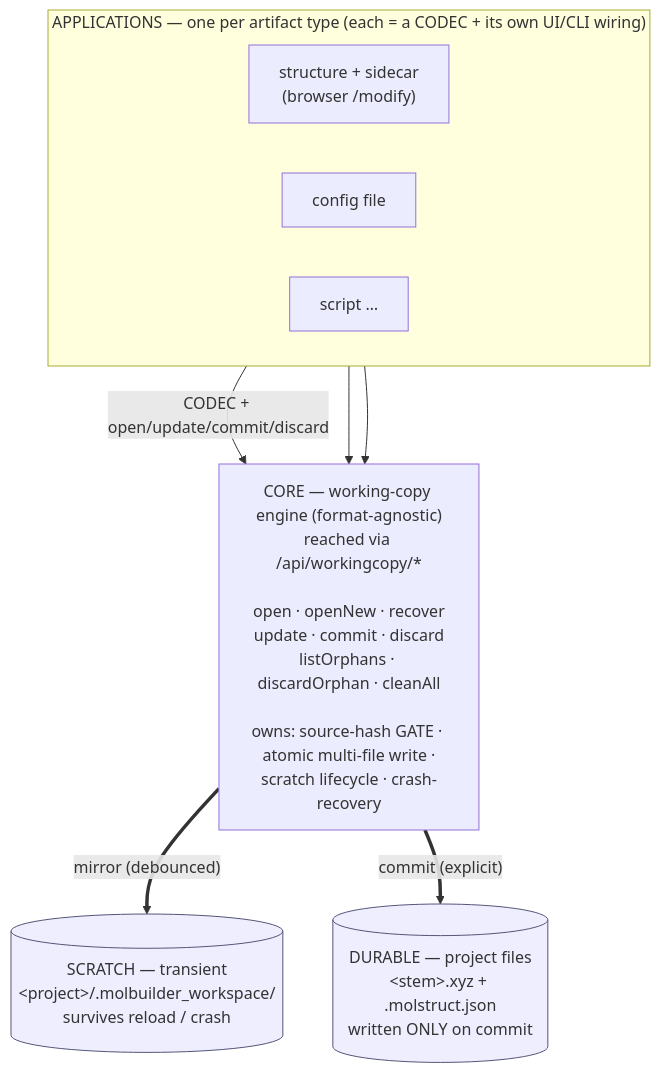
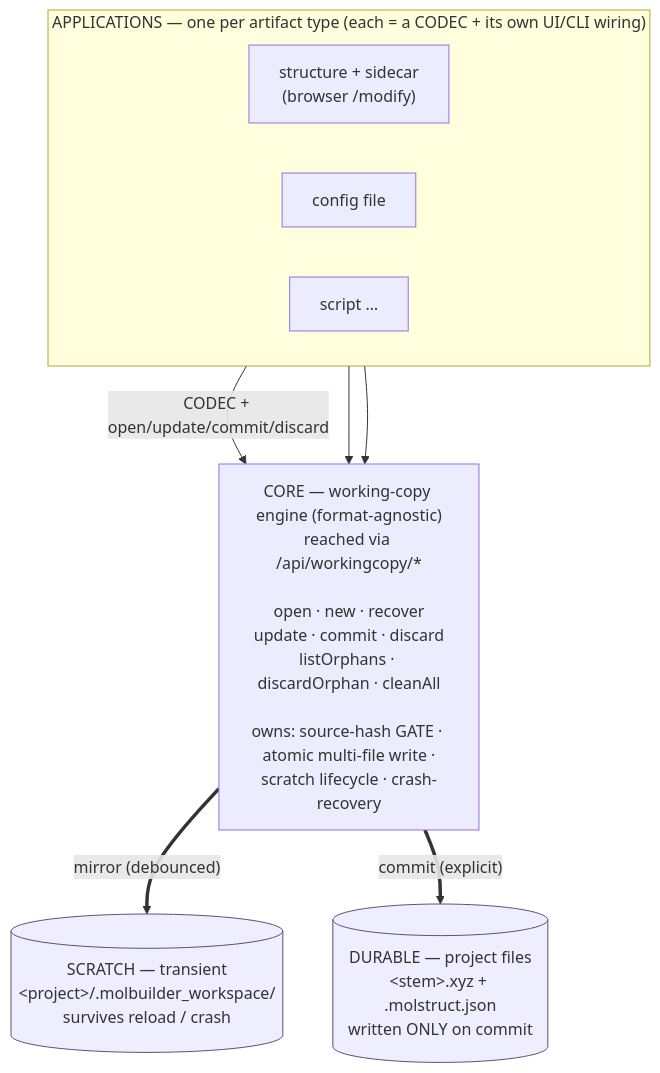
One commit to Qing-LAB/molbuilder changed the diagram in docs/protocols/working-copy-persistence.md. Above: the diagram before and after it, drawn with Mermaid. The commit also changed other lines of this file and 1 other file, not shown here.

First line of the commit message:
docs: align working-copy doc + files.py docstring with the shipped code

````diff
--- a/docs/protocols/working-copy-persistence.md
+++ b/docs/protocols/working-copy-persistence.md
@@ -88,24 +88,24 @@
 ```mermaid
 flowchart TD
     subgraph APP["APPLICATIONS — one per artifact type (each = a CODEC + its own UI/CLI wiring)"]
         direction LR
         A1["structure + sidecar<br/>(browser /modify)"]
         A2["config file"]
         A3["script …"]
     end
 
-    CORE["CORE — working-copy engine (format-agnostic)<br/>reached via /api/workingcopy/*<br/><br/>open · openNew · recover<br/>update · commit · discard<br/>listOrphans · discardOrphan · cleanAll<br/><br/>owns: source-hash GATE · atomic multi-file write ·<br/>scratch lifecycle · crash-recovery"]
+    CORE["CORE — working-copy engine (format-agnostic)<br/>reached via /api/workingcopy/*<br/><br/>open · new · recover<br/>update · commit · discard<br/>listOrphans · discardOrphan · cleanAll<br/><br/>owns: source-hash GATE · atomic multi-file write ·<br/>scratch lifecycle · crash-recovery"]
 
     SCR[("SCRATCH — transient<br/>&lt;project&gt;/.molbuilder_workspace/<br/>survives reload / crash")]
     DUR[("DURABLE — project files<br/>&lt;stem&gt;.xyz + .molstruct.json<br/>written ONLY on commit")]
 
     A1 -- "CODEC + open/update/commit/discard" --> CORE
     A2 --> CORE
     A3 --> CORE
 
     CORE == "mirror (debounced)" ==> SCR
     CORE == "commit (explicit)" ==> DUR
 
     classDef store fill:#eef,stroke:#557;
     class SCR,DUR store;
 ```
````
